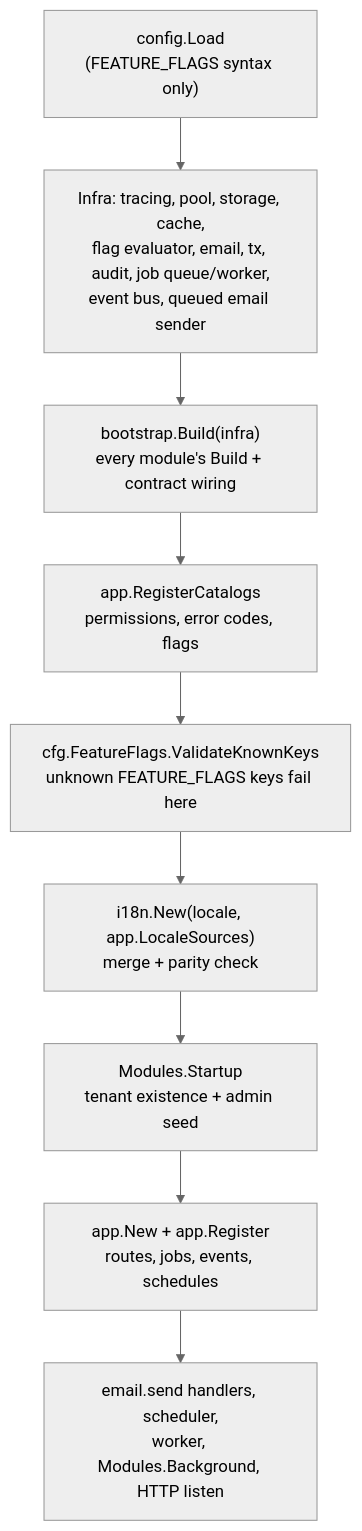
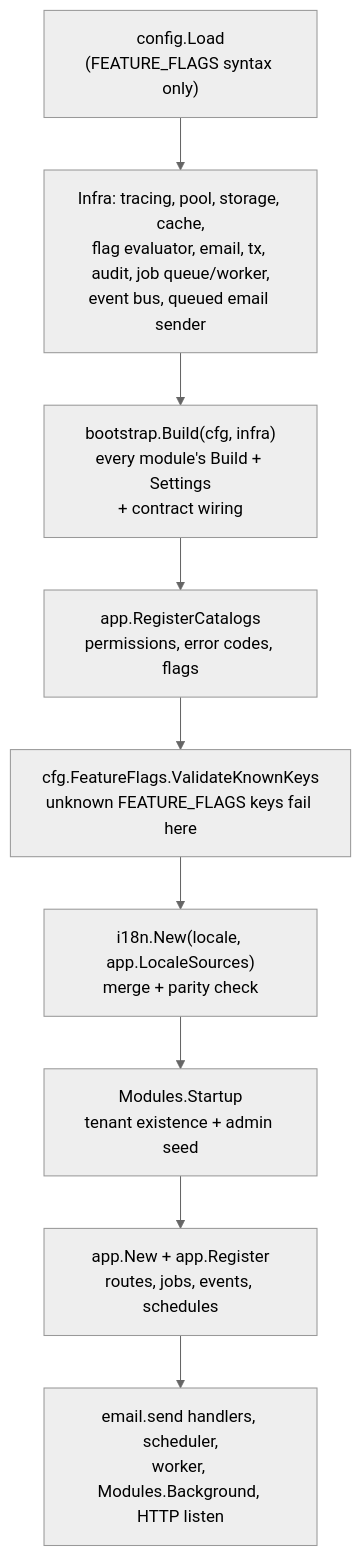
One commit to chuanghiduoc/fiber-golang-boilerplate changed the fifth of 5 diagrams in docs/architecture.md. Above: the diagram before and after it, drawn with Mermaid (neutral theme). The commit also changed other lines of this file and 182 other files, not shown here.

````diff
--- a/docs/architecture.md
+++ b/docs/architecture.md
@@ -328,11 +344,11 @@
 ```mermaid
 flowchart TD
     cfg["config.Load<br/>(FEATURE_FLAGS syntax only)"] --> infra["Infra: tracing, pool, storage, cache,<br/>flag evaluator, email, tx, audit, job queue/worker,<br/>event bus, queued email sender"]
-    infra --> build["bootstrap.Build(infra)<br/>every module's Build + contract wiring"]
+    infra --> build["bootstrap.Build(cfg, infra)<br/>every module's Build + Settings<br/>+ contract wiring"]
     build --> cat["app.RegisterCatalogs<br/>permissions, error codes, flags"]
     cat --> keys["cfg.FeatureFlags.ValidateKnownKeys<br/>unknown FEATURE_FLAGS keys fail here"]
     keys --> i18n["i18n.New(locale, app.LocaleSources)<br/>merge + parity check"]
     i18n --> startup["Modules.Startup<br/>tenant existence + admin seed"]
     startup --> appnew["app.New + app.Register<br/>routes, jobs, events, schedules"]
     appnew --> run["email.send handlers, scheduler,<br/>worker, Modules.Background, HTTP listen"]
 ```
````
